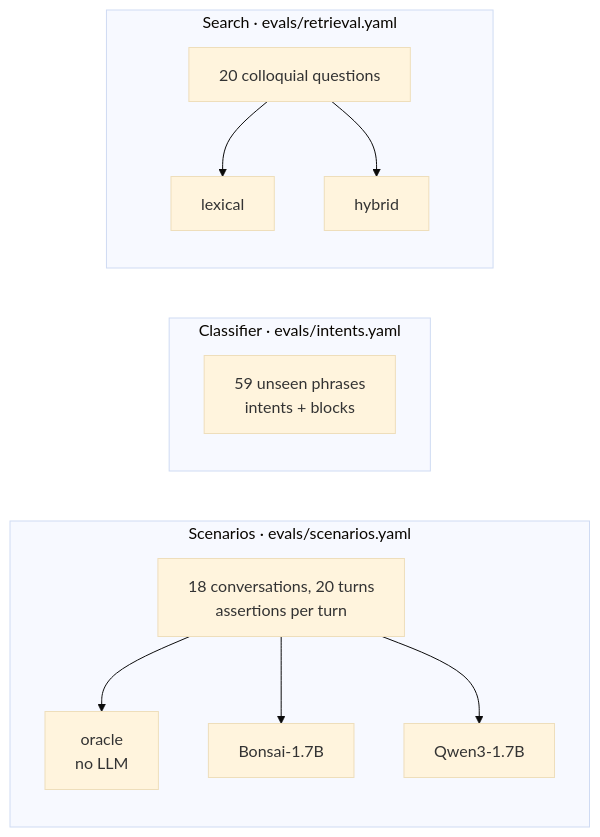
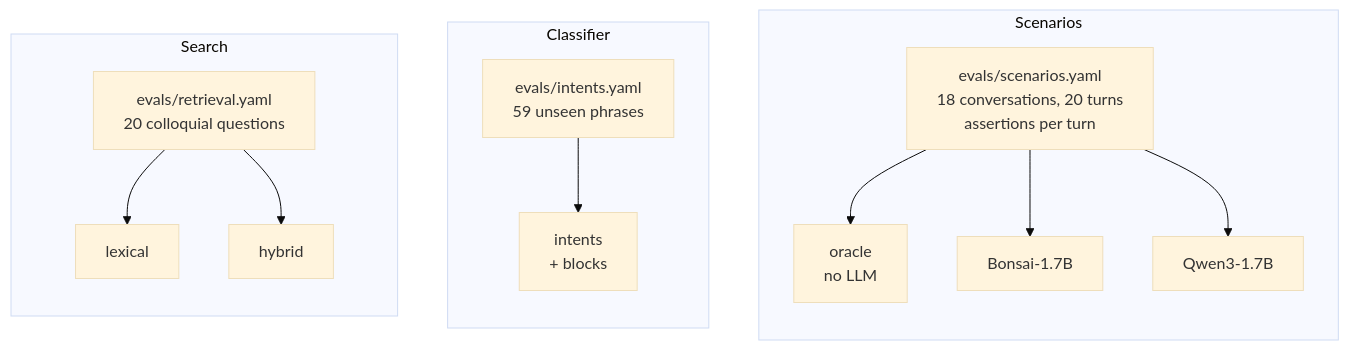
Diagram 19 of 23 in README.en.md (RonildoSilva/ai-engineer-challenge), drawn with Mermaid (base theme) before and after one commit. The commit also changed 3 other files, not shown here.

Commit message:
docs: diagrama da avaliação sem sobreposição e texto justificado no PDF

````diff
--- a/README.en.md
+++ b/README.en.md
@@ -839,15 +839,18 @@
 ```mermaid
-flowchart LR
-    subgraph E1[Scenarios · evals/scenarios.yaml]
-        S[18 conversations, 20 turns<br/>assertions per turn] --> O[oracle<br/>no LLM]
+flowchart TB
+    subgraph E1[Scenarios]
+        direction TB
+        S[evals/scenarios.yaml<br/>18 conversations, 20 turns<br/>assertions per turn] --> O[oracle<br/>no LLM]
         S --> B[Bonsai-1.7B]
         S --> Q[Qwen3-1.7B]
     end
-    subgraph E2[Classifier · evals/intents.yaml]
-        I[59 unseen phrases<br/>intents + blocks]
+    subgraph E2[Classifier]
+        direction TB
+        I[evals/intents.yaml<br/>59 unseen phrases] --> IB[intents<br/>+ blocks]
     end
-    subgraph E3[Search · evals/retrieval.yaml]
-        R[20 colloquial questions] --> LX[lexical]
+    subgraph E3[Search]
+        direction TB
+        R[evals/retrieval.yaml<br/>20 colloquial questions] --> LX[lexical]
         R --> HY[hybrid]
     end
 ```
````
